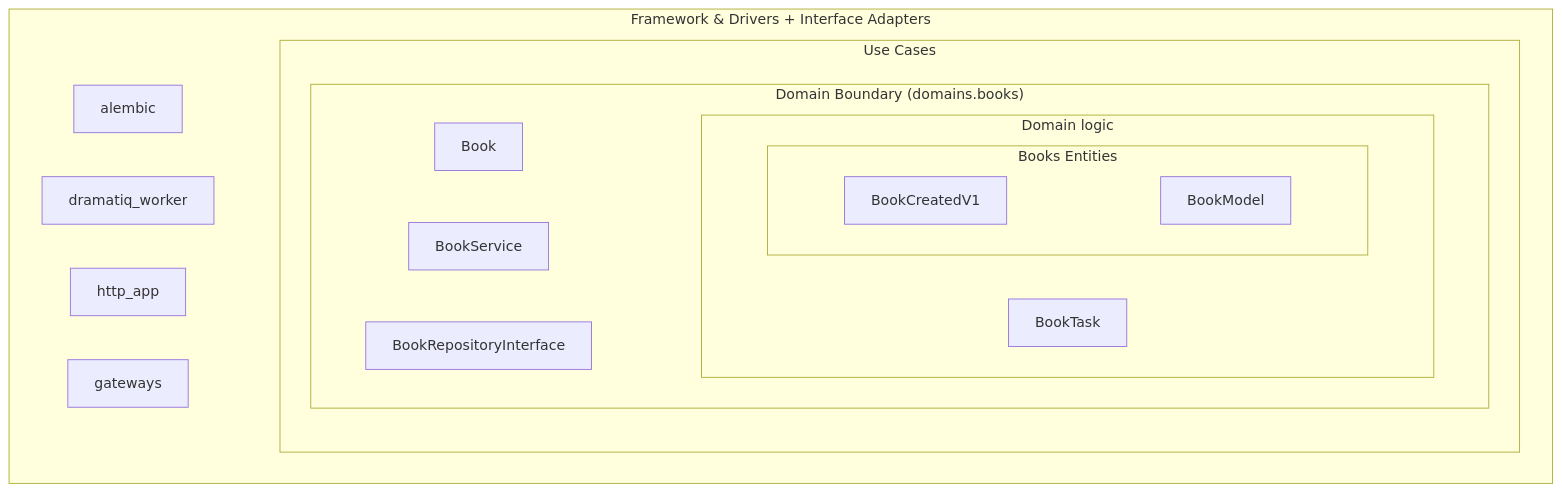
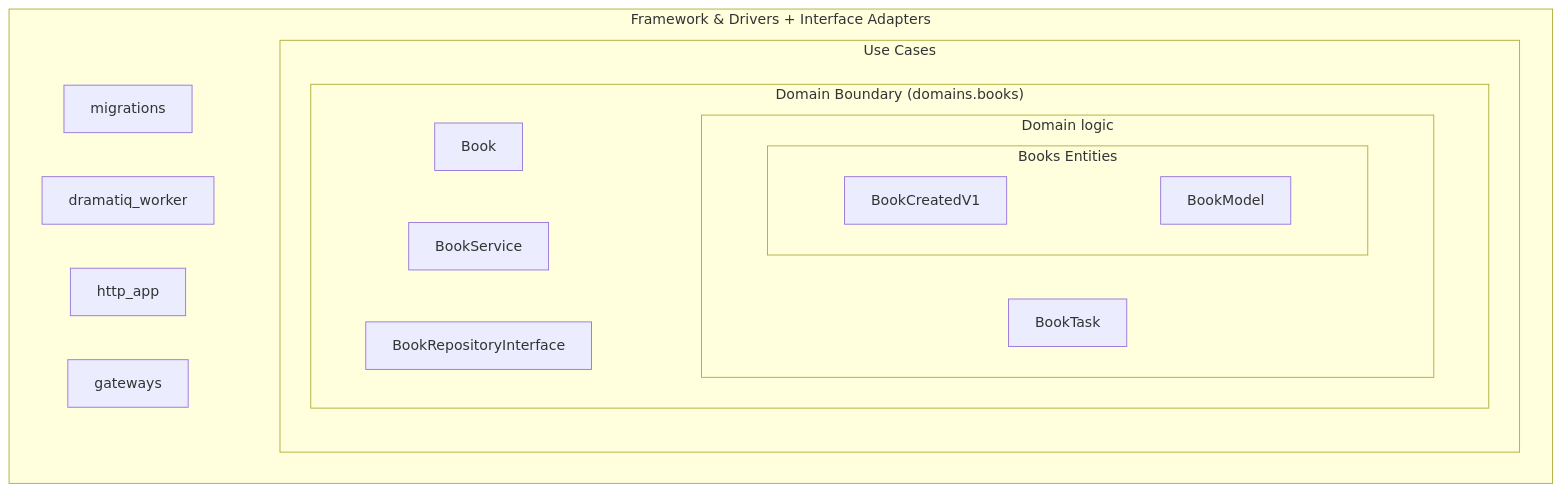
Before and after one commit to febus982/bootstrap-python-fastapi: the first of 2 diagrams in docs/architecture.md, drawn with Mermaid. The commit also changed other lines of this file and 17 other files, not shown here.

````diff
--- a/docs/architecture.md
+++ b/docs/architecture.md
@@ -30,35 +30,35 @@
 ```mermaid
 flowchart TD
     subgraph "Framework & Drivers + Interface Adapters" 
-        alembic
+        migrations
         dramatiq_worker
         http_app
         gateways
         subgraph domains.books["Use Cases"]
             subgraph boundary["Domain Boundary (domains.books)"]
                 BookRepositoryInterface
                 Book
                 BookService
                 subgraph tasks["Domain logic"]
                     BookTask
                     subgraph entities["Books Entities"]
                         direction LR
                         BookModel
                         BookCreatedV1
                     end
                 end
             end
         end
     end
     
-    alembic ~~~ domains.books
+    migrations ~~~ domains.books
     dramatiq_worker ~~~ domains.books
     http_app ~~~ domains.books
     gateways ~~~ domains.books
     
     
     BookCreatedV1 ~~~ BookModel
     Book ~~~ tasks
     BookService ~~~ tasks
     BookRepositoryInterface ~~~ tasks
 ```
````
